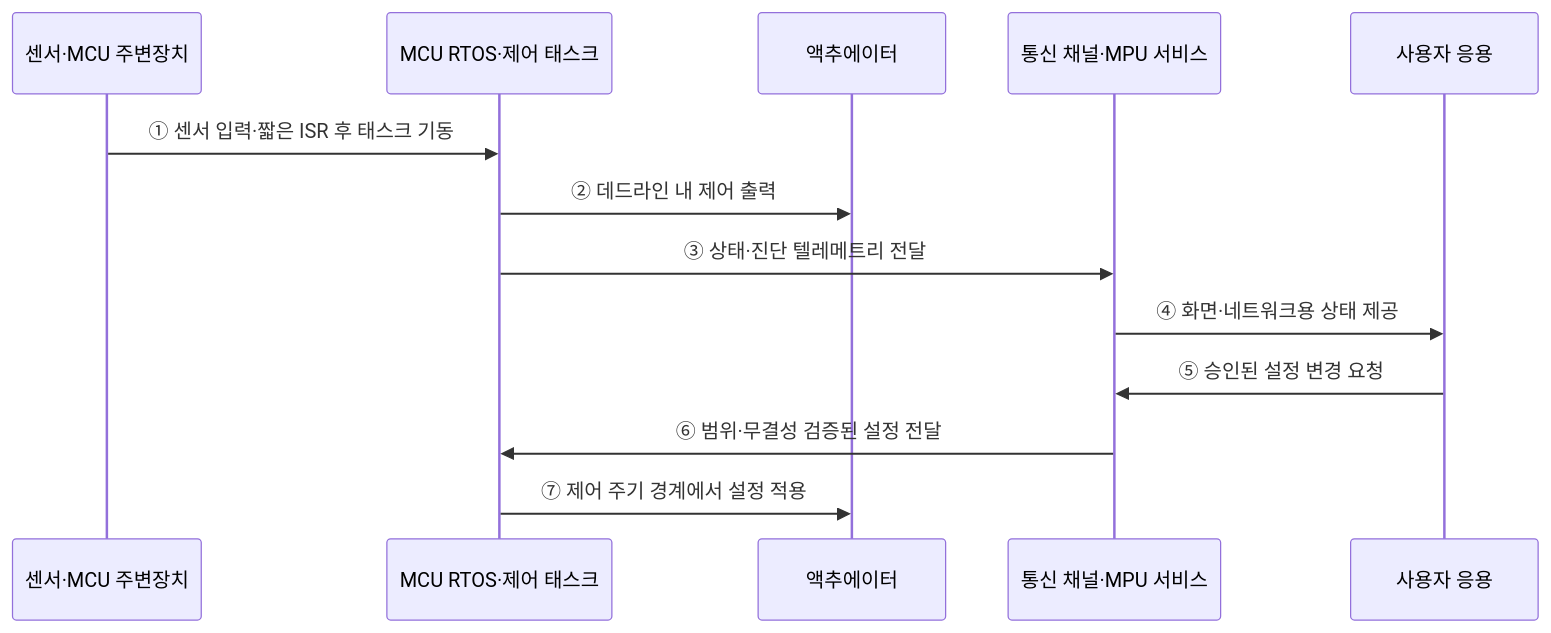
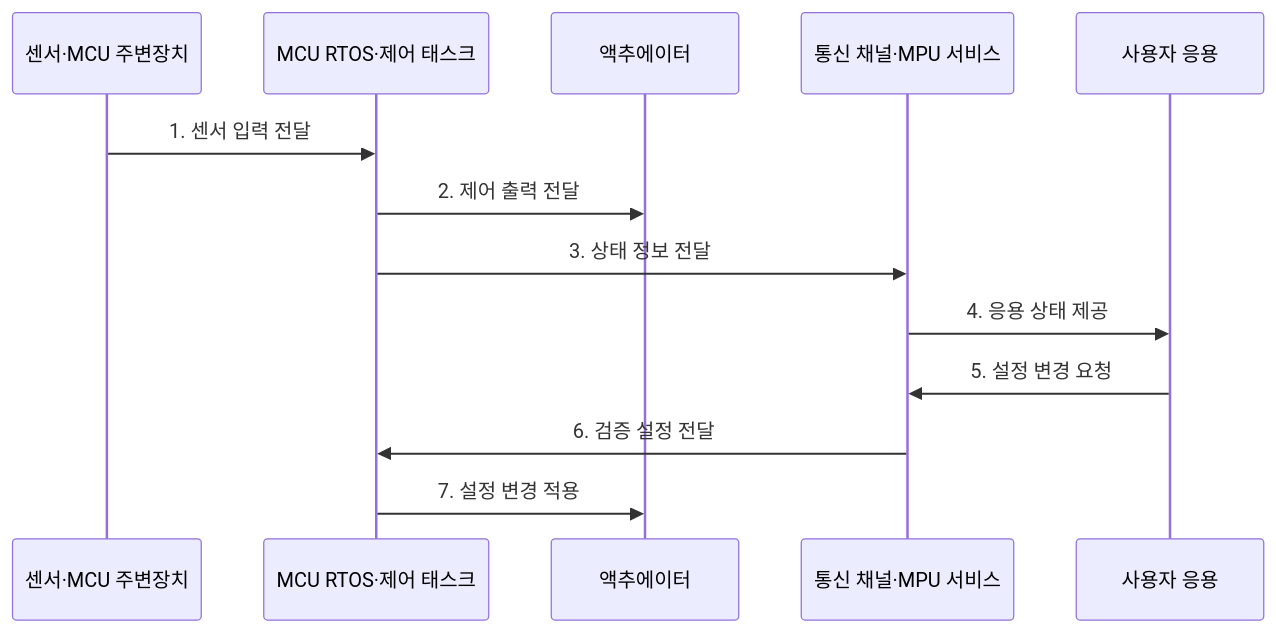
One commit to agnusdei1207/knowledge-base changed the second of 2 diagrams in src/content/docs/notes/02-hardware/083_microcontroller_vs_microprocessor.md. Above: the diagram before and after it, drawn with Mermaid. The commit also changed other lines of this file and 20 other files, not shown here.

````diff
--- a/src/content/docs/notes/02-hardware/083_microcontroller_vs_microprocessor.md
+++ b/src/content/docs/notes/02-hardware/083_microcontroller_vs_microprocessor.md
@@ -79,16 +85,16 @@
 ```mermaid
 sequenceDiagram
     participant P as 센서·MCU 주변장치
     participant R as MCU RTOS·제어 태스크
     participant A as 액추에이터
     participant M as 통신 채널·MPU 서비스
     participant U as 사용자 응용
 
-    P->>R: ① 센서 입력·짧은 ISR 후 태스크 기동
-    R->>A: ② 데드라인 내 제어 출력
-    R->>M: ③ 상태·진단 텔레메트리 전달
-    M->>U: ④ 화면·네트워크용 상태 제공
-    U->>M: ⑤ 승인된 설정 변경 요청
-    M->>R: ⑥ 범위·무결성 검증된 설정 전달
-    R->>A: ⑦ 제어 주기 경계에서 설정 적용
+    P->>R: 1. 센서 입력 전달
+    R->>A: 2. 제어 출력 전달
+    R->>M: 3. 상태 정보 전달
+    M->>U: 4. 응용 상태 제공
+    U->>M: 5. 설정 변경 요청
+    M->>R: 6. 검증 설정 전달
+    R->>A: 7. 설정 변경 적용
 ```
````
